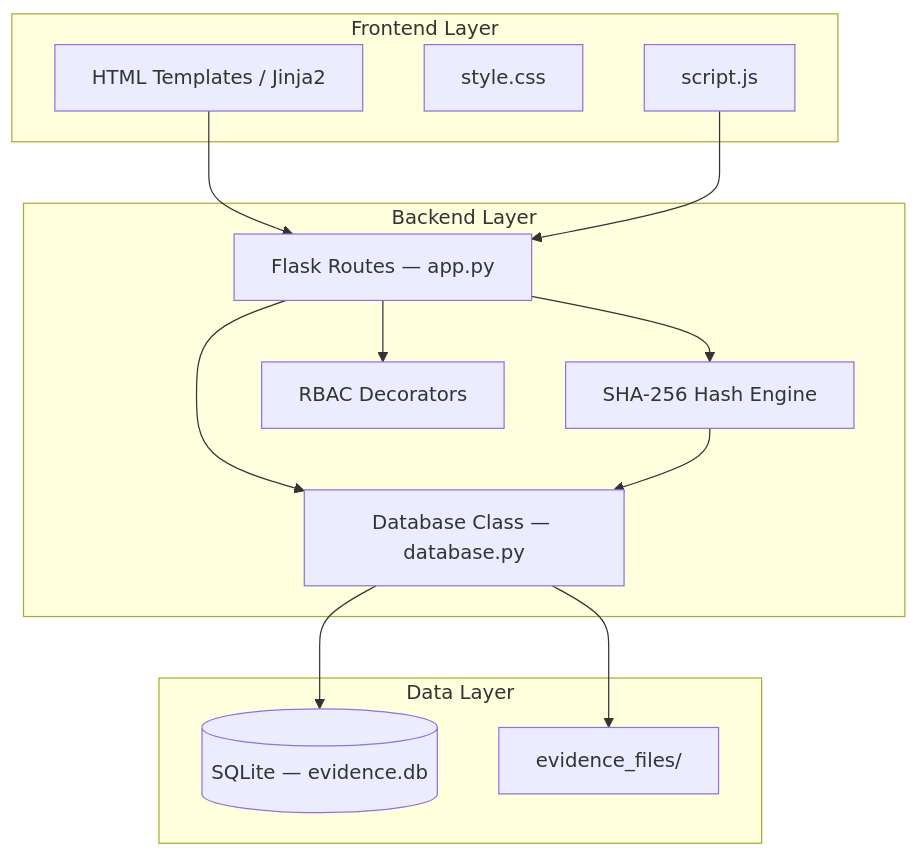
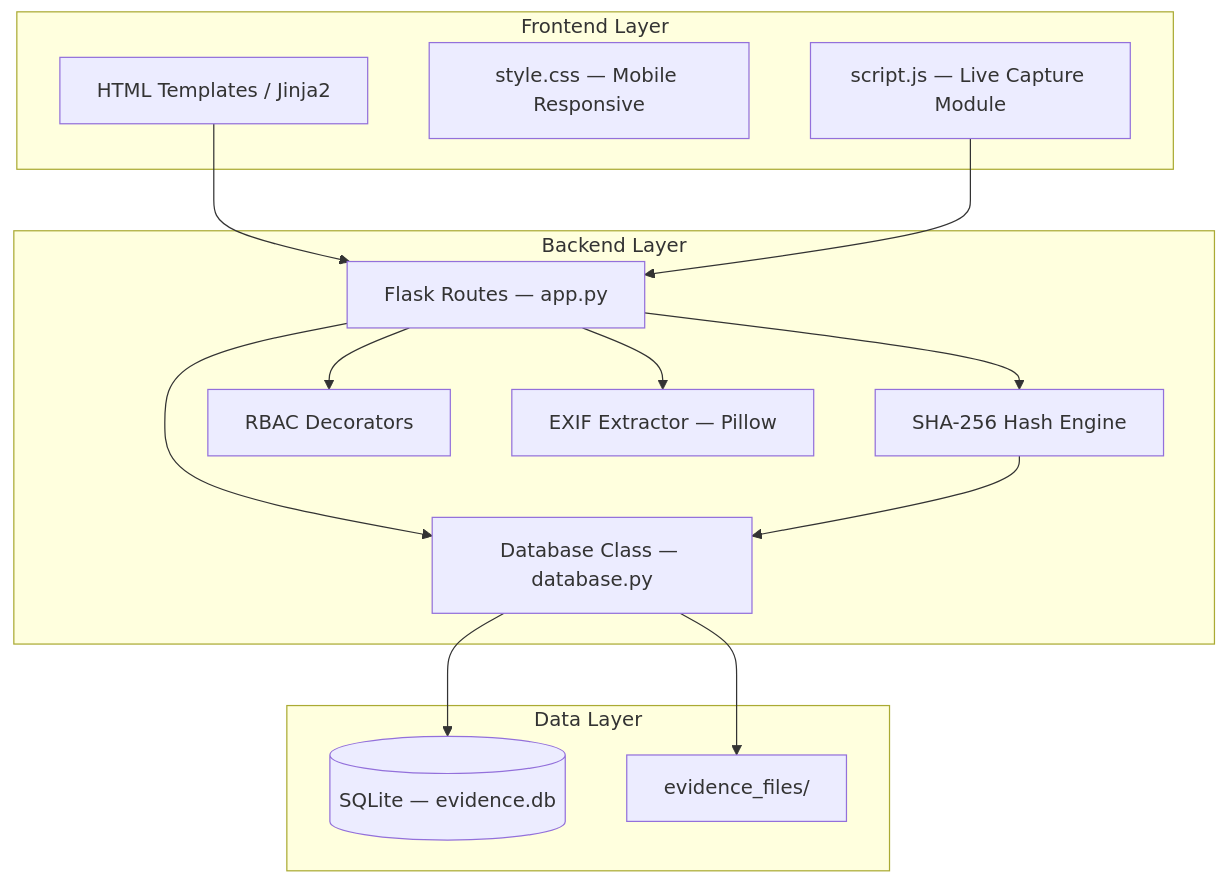
One commit to TheWildEye/Evidential changed the fourth of 4 diagrams in README.md. Above: the diagram before and after it, drawn with Mermaid. The commit also changed other lines of this file and 4 other files, not shown here.

Commit message:
feat: mobile live capture, GPS metadata, EXIF extraction, mobile UI, updated README

````diff
--- a/README.md
+++ b/README.md
@@ -111,29 +184,31 @@
 ```mermaid
 graph TB
     subgraph "Frontend Layer"
         A[HTML Templates / Jinja2]
-        B[style.css]
-        C[script.js]
+        B[style.css — Mobile Responsive]
+        C[script.js — Live Capture Module]
     end
 
     subgraph "Backend Layer"
         D[Flask Routes — app.py]
         E[Database Class — database.py]
         F[SHA-256 Hash Engine]
         G[RBAC Decorators]
+        H[EXIF Extractor — Pillow]
     end
 
     subgraph "Data Layer"
-        H[(SQLite — evidence.db)]
-        I[evidence_files/]
+        I[(SQLite — evidence.db)]
+        J[evidence_files/]
     end
 
     A --> D
     C --> D
     D --> G
     D --> E
     D --> F
-    E --> H
+    D --> H
+    E --> I
     F --> E
-    E --> I
+    E --> J
 ```
````
